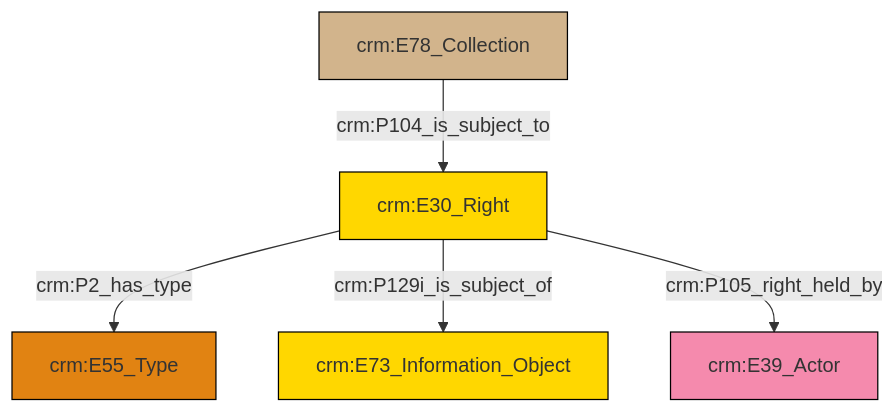
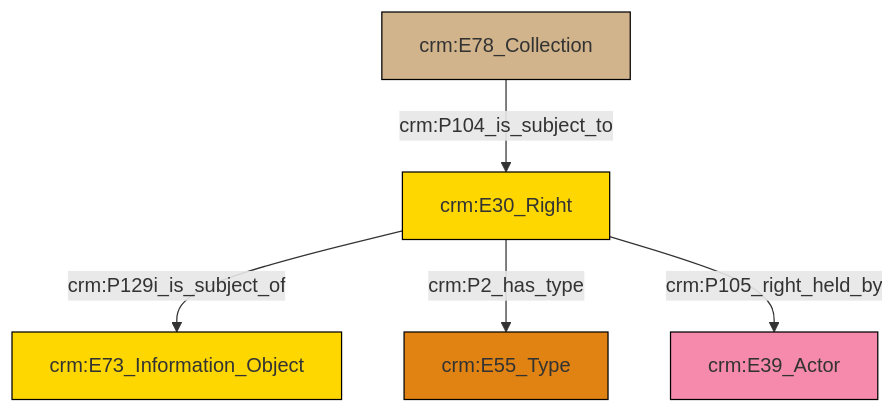
One commit to swiss-art-research-net/docs.swissartresearch changed the diagram in et/archivalCSV/ttl/mmd/archival_rights.ttl.mmd. Above: the diagram before and after it, drawn with Mermaid. The commit also changed 179 other files, not shown here.

```diff
--- a/et/archivalCSV/ttl/mmd/archival_rights.ttl.mmd
+++ b/et/archivalCSV/ttl/mmd/archival_rights.ttl.mmd
@@ -1,19 +1,19 @@
 graph TD
 classDef Literal fill:#f2f2f2,stroke:#000000;
 classDef CRM_Entity fill:#FFFFFF,stroke:#000000;
 classDef Temporal_Entity fill:#00C9E6, stroke:#000000;
 classDef Type fill:#E18312, stroke:#000000;
 classDef Time-Span fill:#2C9C91, stroke:#000000;
 classDef Appellation fill:#FFEB7F, stroke:#000000;
 classDef Place fill:#008836, stroke:#000000;
 classDef Persistent_Item fill:#B266B2, stroke:#000000;
 classDef Conceptual_Object fill:#FFD700, stroke:#000000;
 classDef Physical_Thing fill:#D2B48C, stroke:#000000;
 classDef Actor fill:#f58aad, stroke:#000000;
 classDef PC_Classes fill:#4ce600, stroke:#000000;
 classDef Multi fill:#cccccc,stroke:#000000;
 
-0["crm:E30_Right"]:::Conceptual_Object -->|crm:P2_has_type| 1["crm:E55_Type"]:::Type
-2["crm:E78_Collection"]:::Physical_Thing -->|crm:P104_is_subject_to| 0["crm:E30_Right"]:::Conceptual_Object
-0["crm:E30_Right"]:::Conceptual_Object -->|crm:P129i_is_subject_of| 4["crm:E73_Information_Object"]:::Conceptual_Object
-0["crm:E30_Right"]:::Conceptual_Object -->|crm:P105_right_held_by| 7["crm:E39_Actor"]:::Actor
+2["crm:E78_Collection"]:::Physical_Thing -->|crm:P104_is_subject_to| 6["crm:E30_Right"]:::Conceptual_Object
+6["crm:E30_Right"]:::Conceptual_Object -->|crm:P129i_is_subject_of| 7["crm:E73_Information_Object"]:::Conceptual_Object
+6["crm:E30_Right"]:::Conceptual_Object -->|crm:P2_has_type| 4["crm:E55_Type"]:::Type
+6["crm:E30_Right"]:::Conceptual_Object -->|crm:P105_right_held_by| 0["crm:E39_Actor"]:::Actor
```
